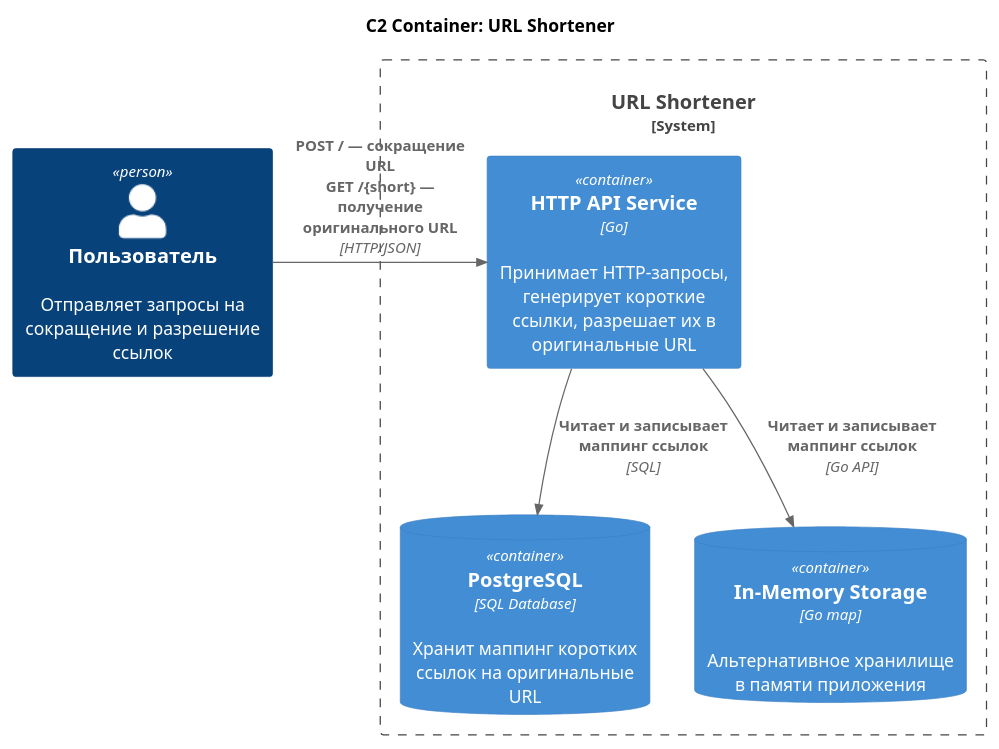
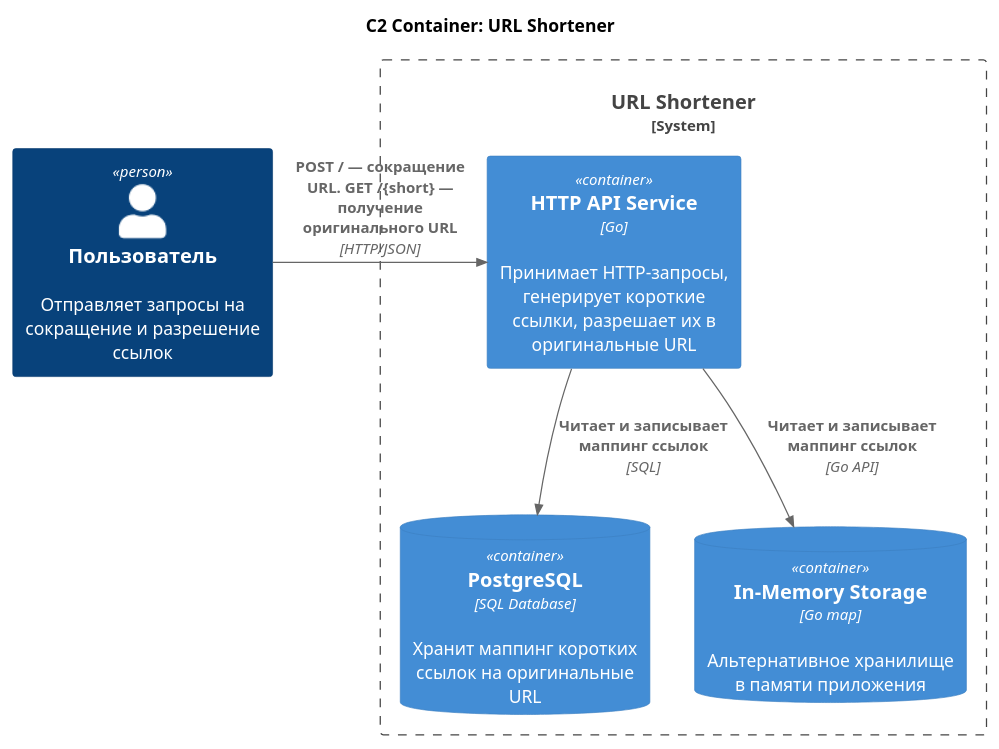
The diagram in docs/diagrams/C2.puml (6ermvH/url-shortener), drawn with PlantUML before and after one commit. The commit also changed 1 other file, not shown here.

Commit message:
docs: Use period instead of newline in C2 diagram API desc

```diff
--- a/docs/diagrams/C2.puml
+++ b/docs/diagrams/C2.puml
@@ -1,20 +1,20 @@
 @startuml
 !include https://raw.githubusercontent.com/plantuml-stdlib/C4-PlantUML/master/C4_Container.puml
 
 title C2 Container: URL Shortener
 
 Person(user, "Пользователь", "Отправляет запросы на сокращение и разрешение ссылок")
 
 System_Boundary(system, "URL Shortener") {
     Container(api, "HTTP API Service", "Go", "Принимает HTTP-запросы, генерирует короткие ссылки, разрешает их в оригинальные URL")
 
     ContainerDb(postgres, "PostgreSQL", "SQL Database", "Хранит маппинг коротких ссылок на оригинальные URL")
 
     ContainerDb(memory, "In-Memory Storage", "Go map", "Альтернативное хранилище в памяти приложения")
 }
 
-Rel_R(user, api, "POST / — сокращение URL\nGET /{short} — получение оригинального URL", "HTTP/JSON")
+Rel_R(user, api, "POST / — сокращение URL. GET /{short} — получение оригинального URL", "HTTP/JSON")
 Rel_D(api, postgres, "Читает и записывает маппинг ссылок", "SQL")
 Rel_D(api, memory, "Читает и записывает маппинг ссылок", "Go API")
 
 @enduml
```
